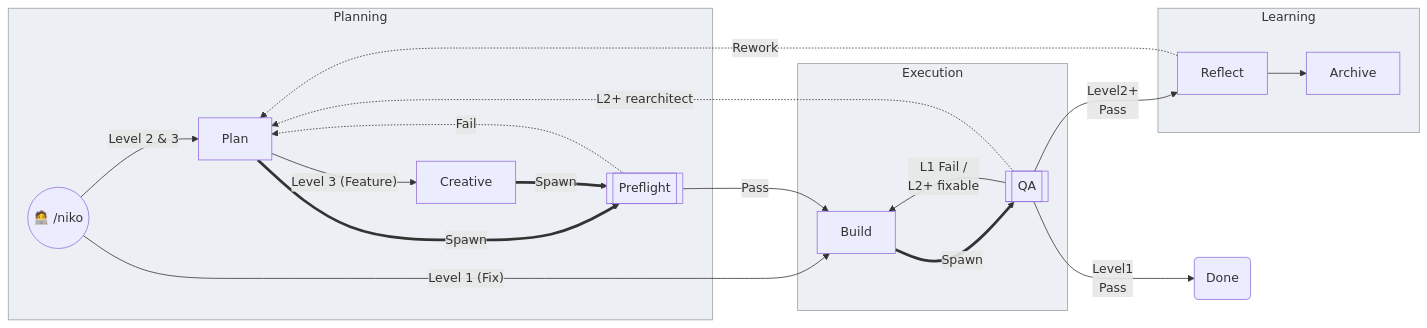
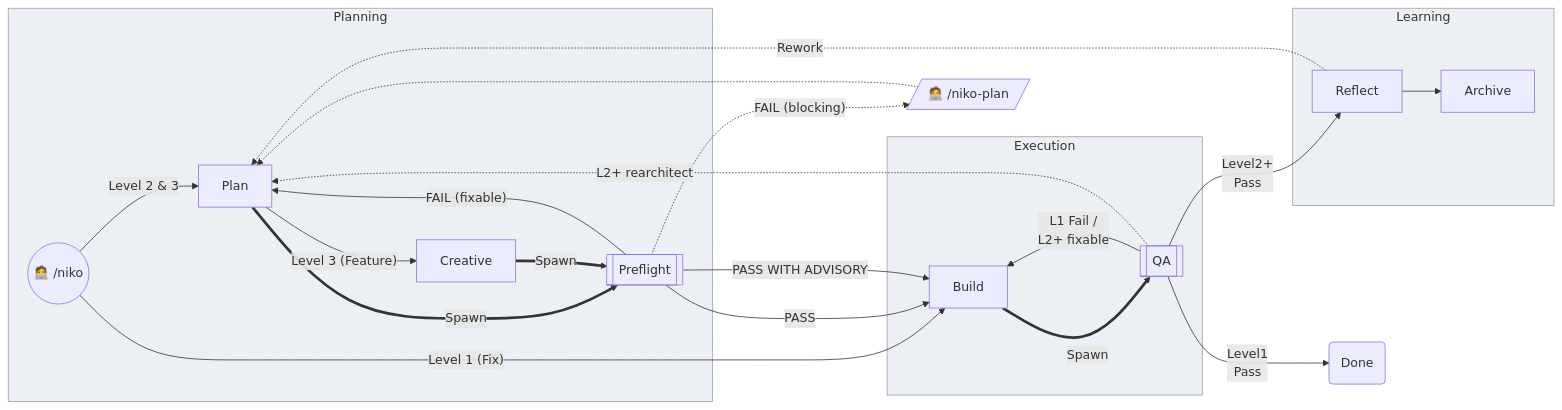
One commit to Texarkanine/.cursor-rules changed the second of 6 diagrams in rulesets/niko/README.md. Above: the diagram before and after it, drawn with Mermaid. The commit also changed other lines of this file and 8 other files, not shown here.

````diff
--- a/rulesets/niko/README.md
+++ b/rulesets/niko/README.md
@@ -85,37 +88,40 @@
 ```mermaid
 flowchart LR
 	Niko(("🧑‍💻 /niko"))
 	Archive["Archive"]
 
 	subgraph Planning
 		Plan["Plan"]
 		Creative["Creative"]
 		Niko -- "Level 2 & 3" --> Plan
 		Plan -- "Level 3 (Feature)" --> Creative
 		Plan ==Spawn==> NikoPreflight[["Preflight"]]
 		Creative ==Spawn==> NikoPreflight
-		NikoPreflight -.->|"Fail"| Plan
 	end
 
 	Niko -- "Level 1 (Fix)" --> Build
-	NikoPreflight -->|"Pass"| Build
+	NikoPreflight -->|"PASS"| Build
+	NikoPreflight -->|"PASS WITH ADVISORY"| Build
+	NikoPreflight -->|"FAIL (fixable)"| Plan
+	NikoPreflight -.->|"FAIL (blocking)"| ManualPlan[/"🧑‍💻 /niko-plan"/]
+	ManualPlan -.-> Plan
 
 	subgraph Execution
 		Build["Build"]
 		Build ==Spawn==> NikoQA[["QA"]]
 	end
 
 	NikoQA -->|"L1 Fail /<br>L2+ fixable"| Build
 	NikoQA -.->|"L2+ rearchitect"| Plan
 	NikoQA -->|"Level1<br>Pass"| Done("Done")
 	NikoQA -->|"Level2+<br>Pass"| Reflect
 
 	subgraph Learning
 		Reflect["Reflect"]
 		Reflect -.->|"Rework"| Plan
 		Reflect --> Archive
 	end
 
 	classDef ideology fill:#eceff4,stroke:#9aa0a6,color:#333
 	class Planning,Execution,Learning ideology
 ```
````
